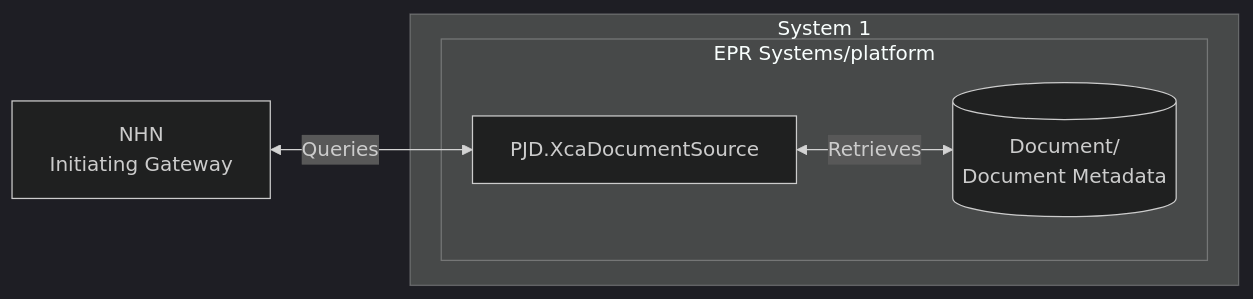
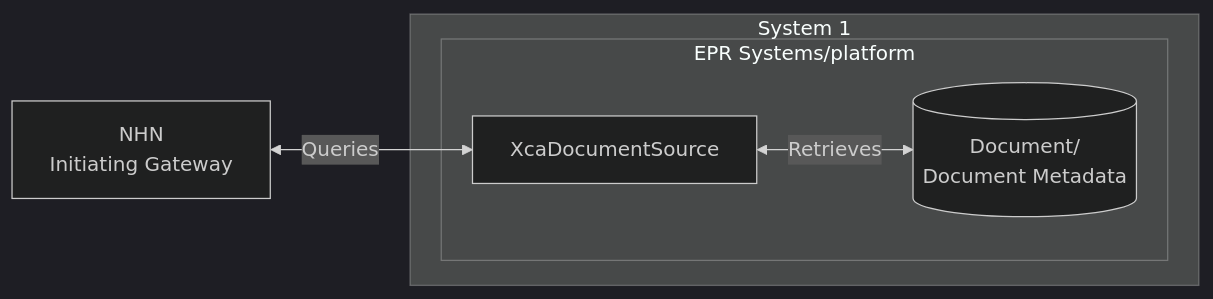
One commit to timmo-nhn/XcaDocumentSource changed the first of 2 diagrams in Docs/UseCases.md. Above: the diagram before and after it, drawn with Mermaid. The commit also changed other lines of this file and 16 other files, not shown here.

````diff
--- a/Docs/UseCases.md
+++ b/Docs/UseCases.md
@@ -18,15 +18,15 @@
 ```mermaid
 %%{init: {'theme':'dark'}}%%
 flowchart LR
 
 nhnxca[NHN<br>Initiating Gateway]
 
 subgraph "System 1"
     subgraph "EPR Systems/platform"
-        xcads[PJD.XcaDocumentSource]
+        xcads[XcaDocumentSource]
         regrep[(Document/<br>Document Metadata)]
     end
 end
 
 nhnxca<--Queries-->xcads<--Retrieves-->regrep
 ```
````
